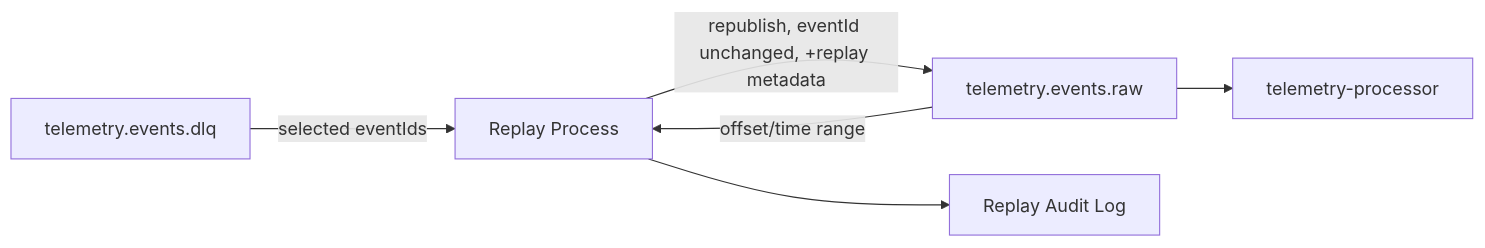
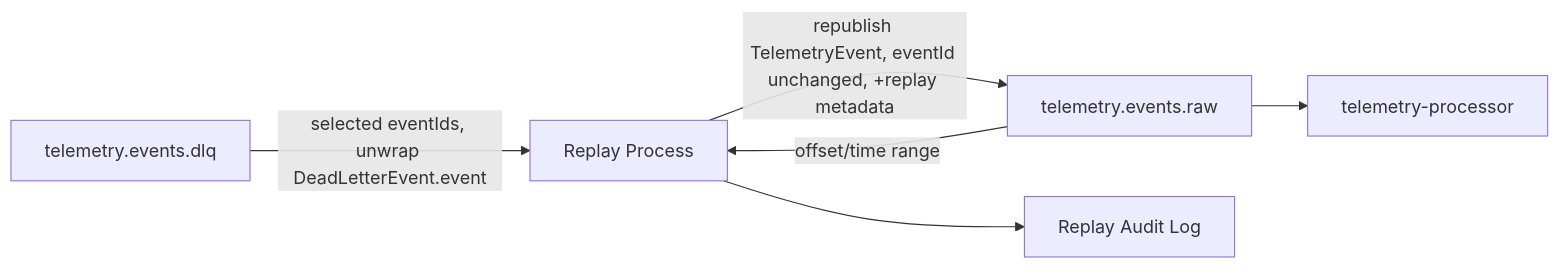
Before and after one commit to ME-Massine/pulsestream: the diagram in docs/architecture/event-replay-strategy.md, drawn with Mermaid. The commit also changed other lines of this file, not shown here.

Commit message:
docs(architecture): correct DLQ persistence assumption and defer replay idempotency (#122)

````diff
--- a/docs/architecture/event-replay-strategy.md
+++ b/docs/architecture/event-replay-strategy.md
@@ -169,8 +179,8 @@
 ```mermaid
 flowchart LR
-    DLQ[telemetry.events.dlq] -->|selected eventIds| R[Replay Process]
+    DLQ[telemetry.events.dlq] -->|selected eventIds, unwrap DeadLetterEvent.event| R[Replay Process]
     RAW[telemetry.events.raw] -->|offset/time range| R
-    R -->|republish, eventId unchanged, +replay metadata| RAW
+    R -->|republish TelemetryEvent, eventId unchanged, +replay metadata| RAW
     RAW --> C[telemetry-processor]
     R --> LOG[Replay Audit Log]
 ```
````
